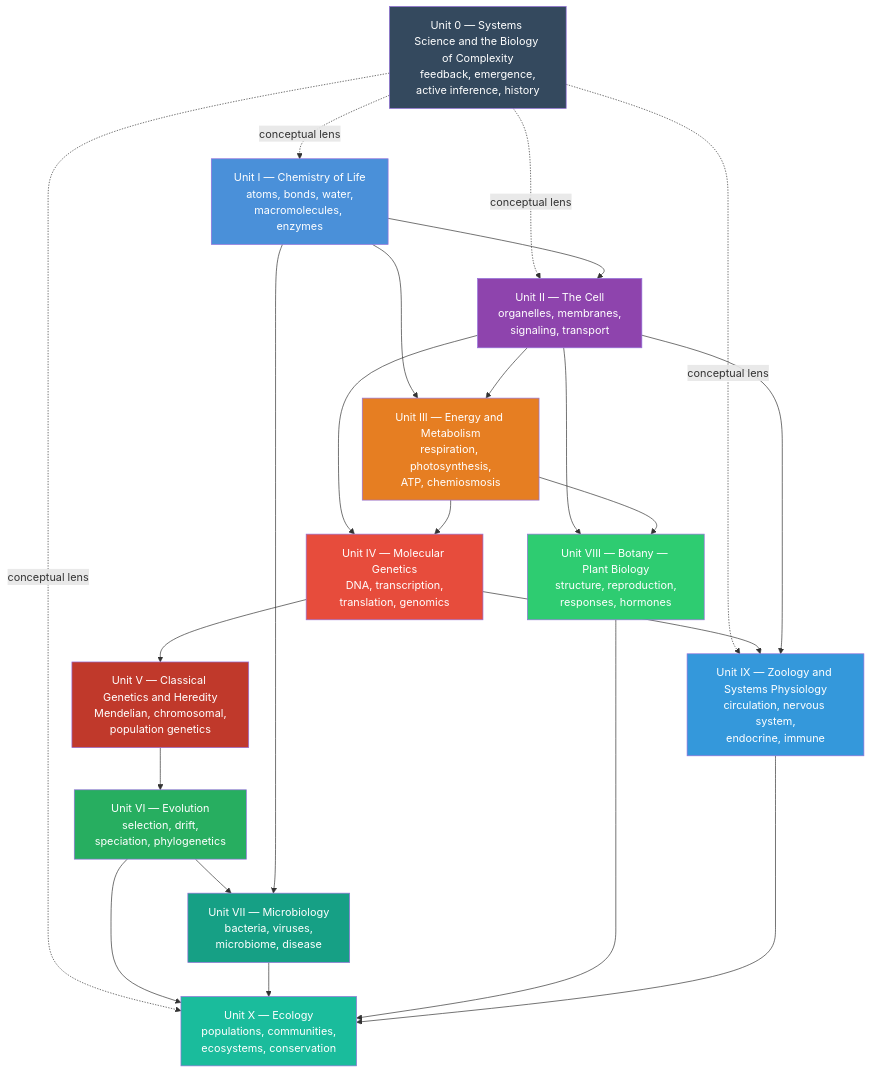
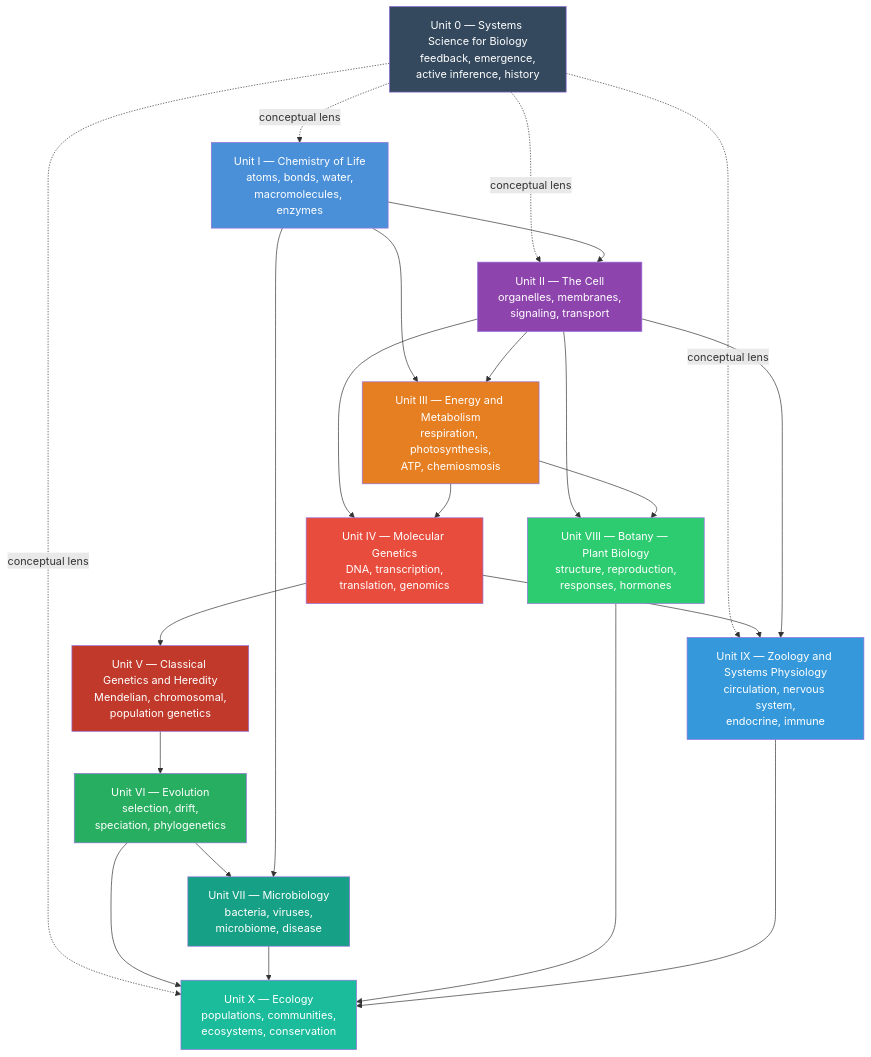
One commit to docxology/biology_textbook changed the diagram in manuscript/front_matter.md. Above: the diagram before and after it, drawn with Mermaid. The commit also changed other lines of this file and 149 other files, not shown here.

````diff
--- a/manuscript/front_matter.md
+++ b/manuscript/front_matter.md
@@ -144,48 +144,48 @@
 ```mermaid
 graph TD
-    U0["Unit 0 — Systems Science and the Biology of Complexity<br/>feedback, emergence,<br/>active inference, history"]
+    U0["Unit 0 — Systems Science for Biology<br/>feedback, emergence,<br/>active inference, history"]
     I["Unit I — Chemistry of Life<br/>atoms, bonds, water,<br/>macromolecules, enzymes"]
     II["Unit II — The Cell<br/>organelles, membranes,<br/>signaling, transport"]
     III["Unit III — Energy and Metabolism<br/>respiration, photosynthesis,<br/>ATP, chemiosmosis"]
     IV["Unit IV — Molecular Genetics<br/>DNA, transcription,<br/>translation, genomics"]
     V["Unit V — Classical Genetics and Heredity<br/>Mendelian, chromosomal,<br/>population genetics"]
     VI["Unit VI — Evolution<br/>selection, drift,<br/>speciation, phylogenetics"]
     VII["Unit VII — Microbiology<br/>bacteria, viruses,<br/>microbiome, disease"]
     VIII["Unit VIII — Botany — Plant Biology<br/>structure, reproduction,<br/>responses, hormones"]
     IX["Unit IX — Zoology and Systems Physiology<br/>circulation, nervous system,<br/>endocrine, immune"]
     X["Unit X — Ecology<br/>populations, communities,<br/>ecosystems, conservation"]
 
     U0 -.->|conceptual lens| I
     U0 -.->|conceptual lens| II
     U0 -.->|conceptual lens| X
     U0 -.->|conceptual lens| IX
     I --> II
     I --> III
     II --> III
     II --> IV
     III --> IV
     IV --> V
     V --> VI
     VI --> VII
     I --> VII
     II --> VIII
     III --> VIII
     IV --> IX
     II --> IX
     VI --> X
     VII --> X
     VIII --> X
     IX --> X
 
     style U0 fill:#34495e,color:#fff
     style I fill:#4a90d9,color:#fff
     style II fill:#8e44ad,color:#fff
     style III fill:#e67e22,color:#fff
     style IV fill:#e74c3c,color:#fff
     style V fill:#c0392b,color:#fff
     style VI fill:#27ae60,color:#fff
     style VII fill:#16a085,color:#fff
     style VIII fill:#2ecc71,color:#fff
     style IX fill:#3498db,color:#fff
     style X fill:#1abc9c,color:#fff
 ```
````
